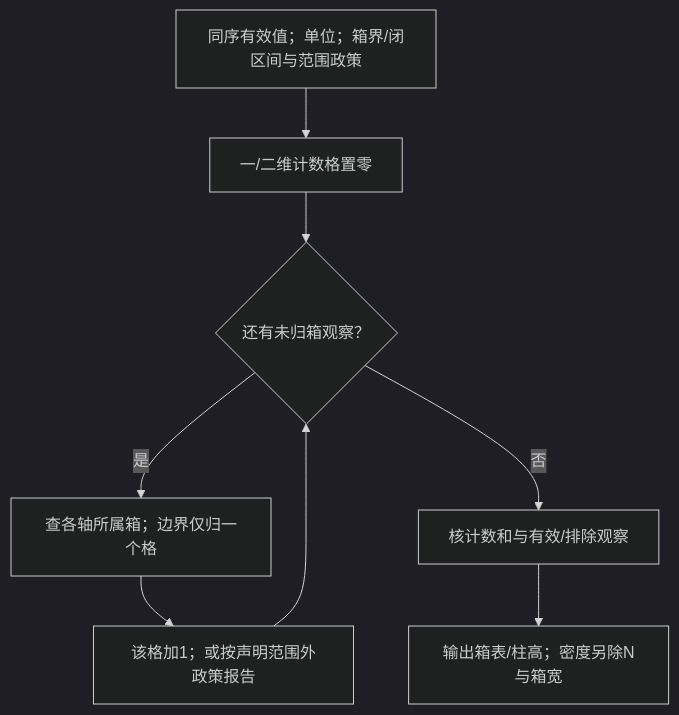
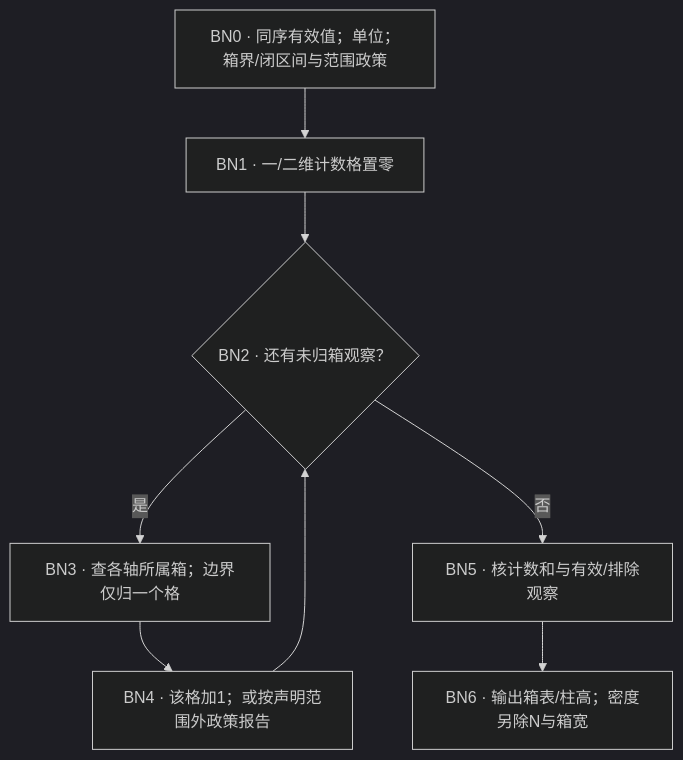
Before and after one commit to CercaTrovato/cityu-ai-course-notes: diagram 15 of 20 in IS6400_Business_Data_Analytics/notes/M03-数据类型与描述性分析.md, drawn with Mermaid (dark theme). The commit also changed other lines of this file and 40 other files, not shown here.

First line of the commit message:
完成 IS6400 M03 全篇审修、原题图保真与适用同步

````diff
--- a/IS6400_Business_Data_Analytics/notes/M03-数据类型与描述性分析.md
+++ b/IS6400_Business_Data_Analytics/notes/M03-数据类型与描述性分析.md
@@ -3935,10 +4327,10 @@
 ```mermaid
 flowchart TD
-    BN0["同序有效值；单位；箱界/闭区间与范围政策"] --> BN1["一/二维计数格置零"]
-    BN1 --> BN2{"还有未归箱观察？"}
-    BN2 -->|是| BN3["查各轴所属箱；边界仅归一个格"]
-    BN3 --> BN4["该格加1；或按声明范围外政策报告"]
+    BN0["BN0 · 同序有效值；单位；箱界/闭区间与范围政策"] --> BN1["BN1 · 一/二维计数格置零"]
+    BN1 --> BN2{"BN2 · 还有未归箱观察？"}
+    BN2 -->|是| BN3["BN3 · 查各轴所属箱；边界仅归一个格"]
+    BN3 --> BN4["BN4 · 该格加1；或按声明范围外政策报告"]
     BN4 --> BN2
-    BN2 -->|否| BN5["核计数和与有效/排除观察"]
-    BN5 --> BN6["输出箱表/柱高；密度另除N与箱宽"]
+    BN2 -->|否| BN5["BN5 · 核计数和与有效/排除观察"]
+    BN5 --> BN6["BN6 · 输出箱表/柱高；密度另除N与箱宽"]
 ```
````
